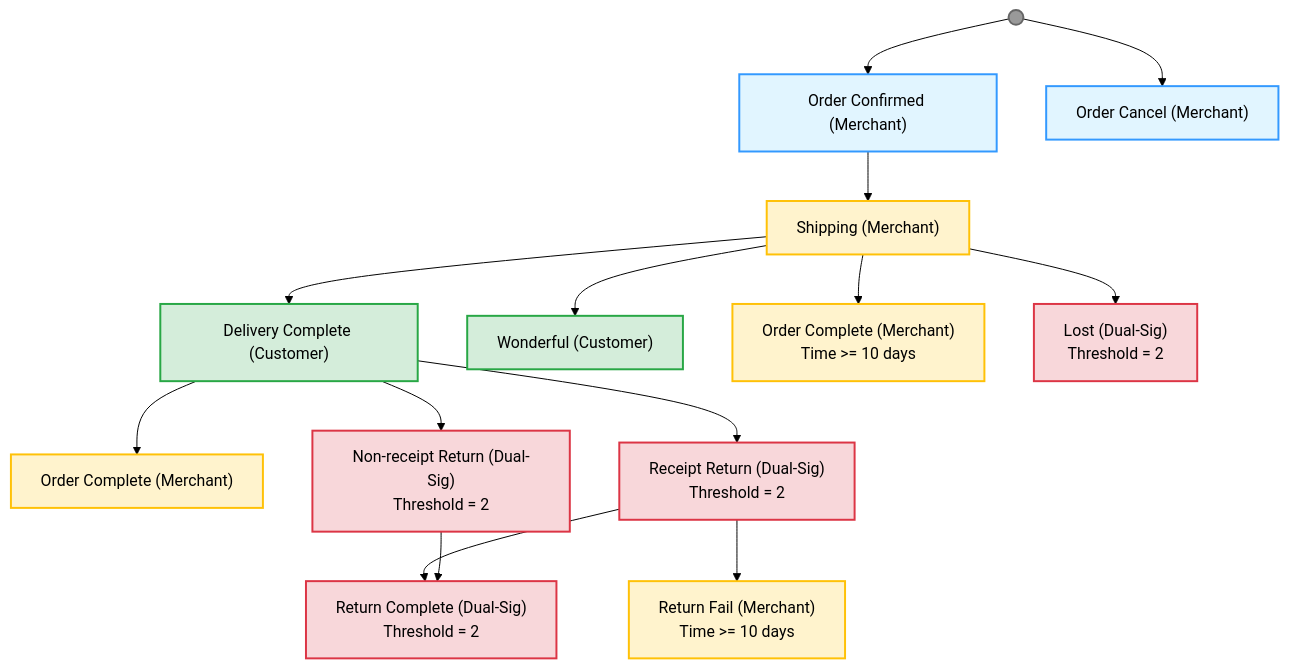
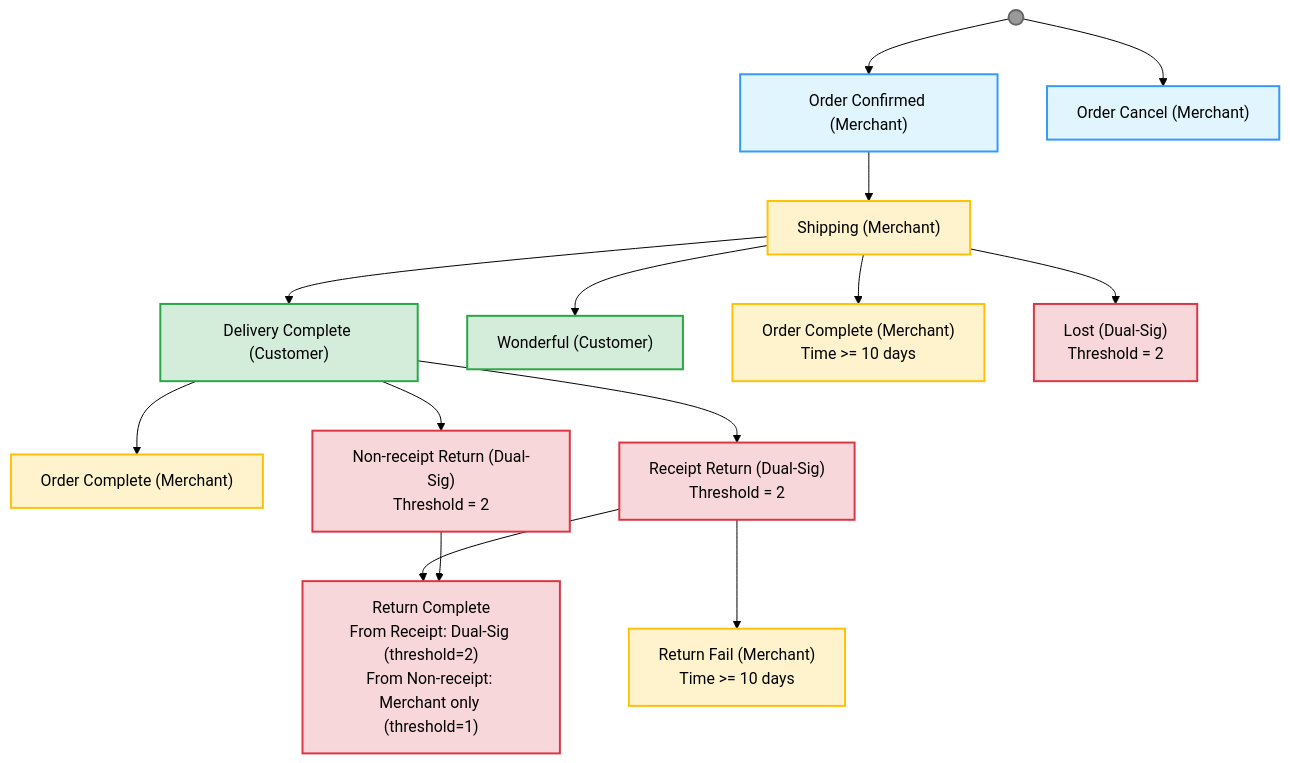
One commit to wowok-ai/docs changed the diagram in examples/MyShop_Advanced/MyShop_Advanced.md. Above: the diagram before and after it, drawn with Mermaid (forest theme). The commit also changed other lines of this file and 3 other files, not shown here.

````diff
--- a/examples/MyShop_Advanced/MyShop_Advanced.md
+++ b/examples/MyShop_Advanced/MyShop_Advanced.md
@@ -79,43 +79,43 @@
 ```mermaid
 graph TD
     classDef initial fill:#e1f5ff,stroke:#3399ff,stroke-width:2px;
     classDef merchant fill:#fff3cd,stroke:#ffc107,stroke-width:2px;
     classDef customer fill:#d4edda,stroke:#28a745,stroke-width:2px;
     classDef dualsig fill:#f8d7da,stroke:#dc3545,stroke-width:2px;
     classDef start fill:#999,stroke:#666,stroke-width:2px;
 
     START(( )):::start
 
     OC["Order Confirmed (Merchant)"]:::initial
     OR["Order Cancel (Merchant)"]:::initial
 
     SH["Shipping (Merchant)"]:::merchant
 
     DC["Delivery Complete (Customer)"]:::customer
     WO["Wonderful (Customer)"]:::customer
     OC2["Order Complete (Merchant)<br/>Time >= 10 days"]:::merchant
     LO["Lost (Dual-Sig)<br/>Threshold = 2"]:::dualsig
 
     OC3["Order Complete (Merchant)"]:::merchant
     NR["Non-receipt Return (Dual-Sig)<br/>Threshold = 2"]:::dualsig
 
     RR["Receipt Return (Dual-Sig)<br/>Threshold = 2"]:::dualsig
     RF["Return Fail (Merchant)<br/>Time >= 10 days"]:::merchant
-    RC["Return Complete (Dual-Sig)<br/>Threshold = 2"]:::dualsig
+    RC["Return Complete<br/>From Receipt: Dual-Sig (threshold=2)<br/>From Non-receipt: Merchant only (threshold=1)"]:::dualsig
 
     START --> OC
     START --> OR
     OC --> SH
     SH --> DC
     SH --> WO
     SH --> OC2
     SH --> LO
     
     DC --> OC3
     DC --> NR
     
     DC --> RR
     RR --> RF
     RR --> RC
     NR --> RC
 ```
````
